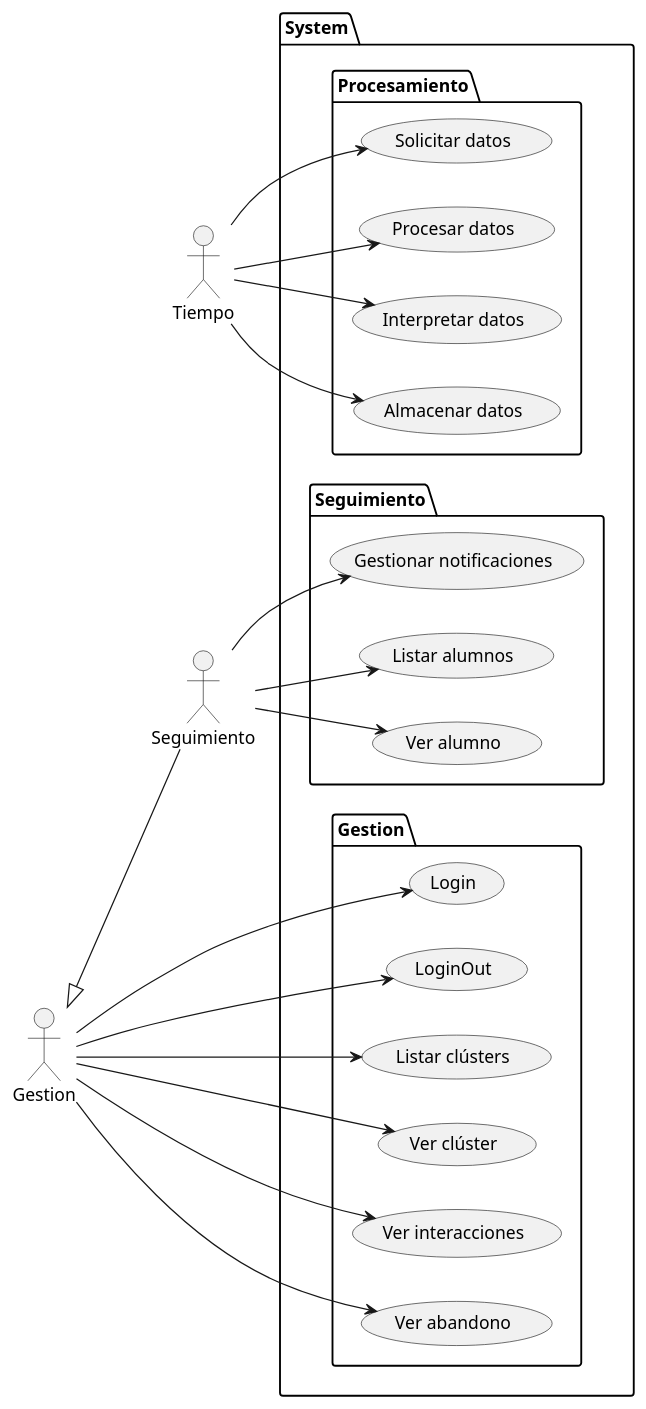
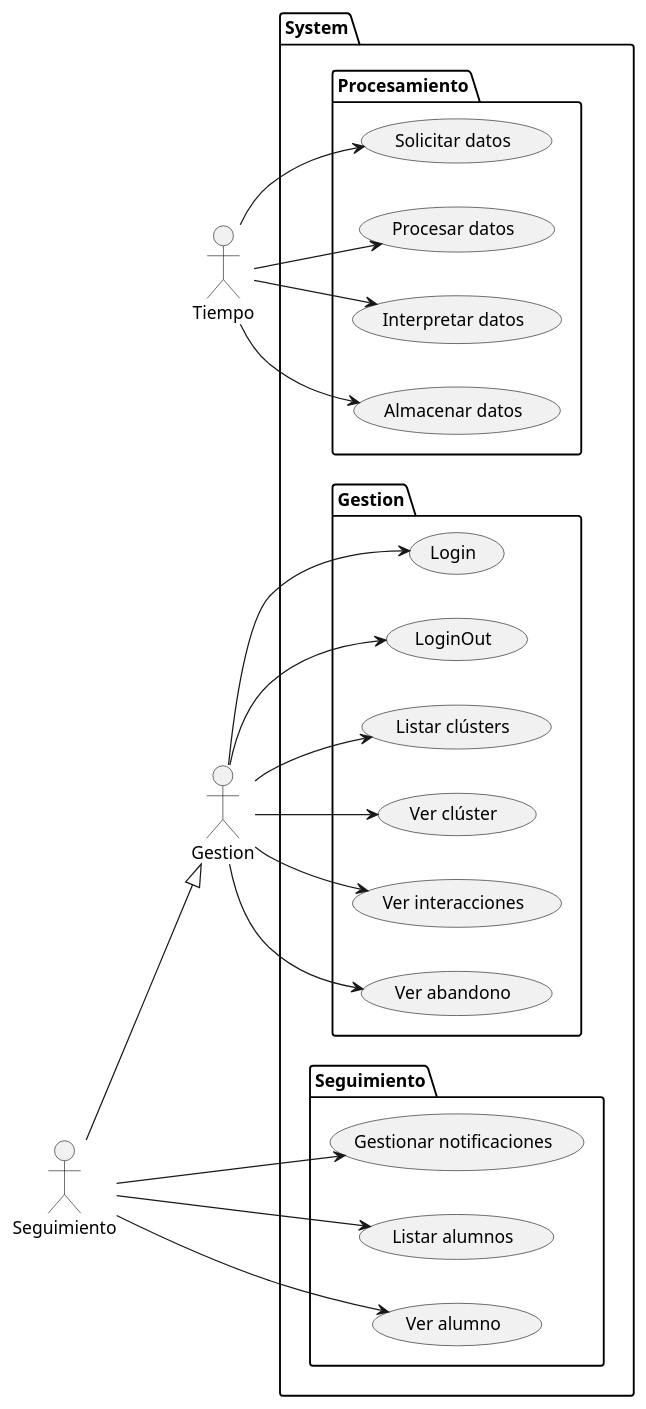
The diagram in 000-entregas/Grupo1/CasosDeUso/CasosDeUso.puml (mmasias/IdSw1-22-23), drawn with PlantUML before and after one commit.

Commit message:
Reajuste a flecha de herencia

```diff
--- a/000-entregas/Grupo1/CasosDeUso/CasosDeUso.puml
+++ b/000-entregas/Grupo1/CasosDeUso/CasosDeUso.puml
@@ -1,51 +1,51 @@
 @startuml CasosDeUso
 left to right direction
 
 actor "Tiempo" as Tiempo
 actor "Gestion" as GEST
 actor "Seguimiento"	as SEG
 
 
 package System {
 
   package Procesamiento {
     usecase "Solicitar datos" as SD
     usecase "Procesar datos" as PD
     usecase "Interpretar datos" as ID
     usecase "Almacenar datos" as AD
   }
   package Seguimiento {
     usecase "Gestionar notificaciones" as GN
     usecase "Listar alumnos" as LA
     usecase "Ver alumno" as VA
   }
   package Gestion {
     usecase "Login" as Login
     usecase "LoginOut" as LoginOut
     usecase "Listar clústers" as LC
     usecase "Ver clúster" as VC
     usecase "Ver interacciones" as VI
     usecase "Ver abandono" as VAB
   }
 }
 
 Tiempo --> SD
 Tiempo --> AD
 Tiempo --> PD
 Tiempo --> ID
 
-GEST <|-- SEG
+SEG --|> GEST
 
 GEST --> (Login)
 GEST --> (LoginOut)
 GEST --> (LC)
 GEST --> (VC)
 GEST --> (VAB)
 GEST --> (VI)
 
 SEG --> (LA)
 SEG --> (VA)
 SEG --> (GN)
 
 
 @enduml
```
